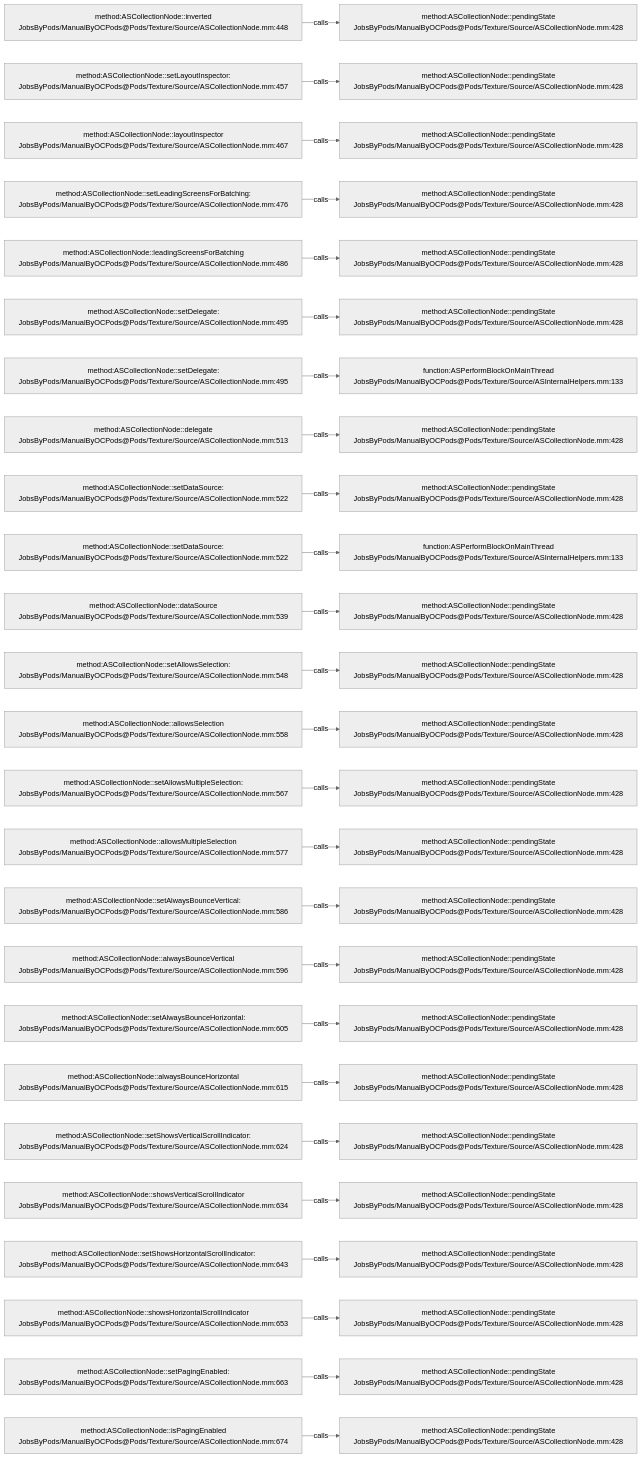
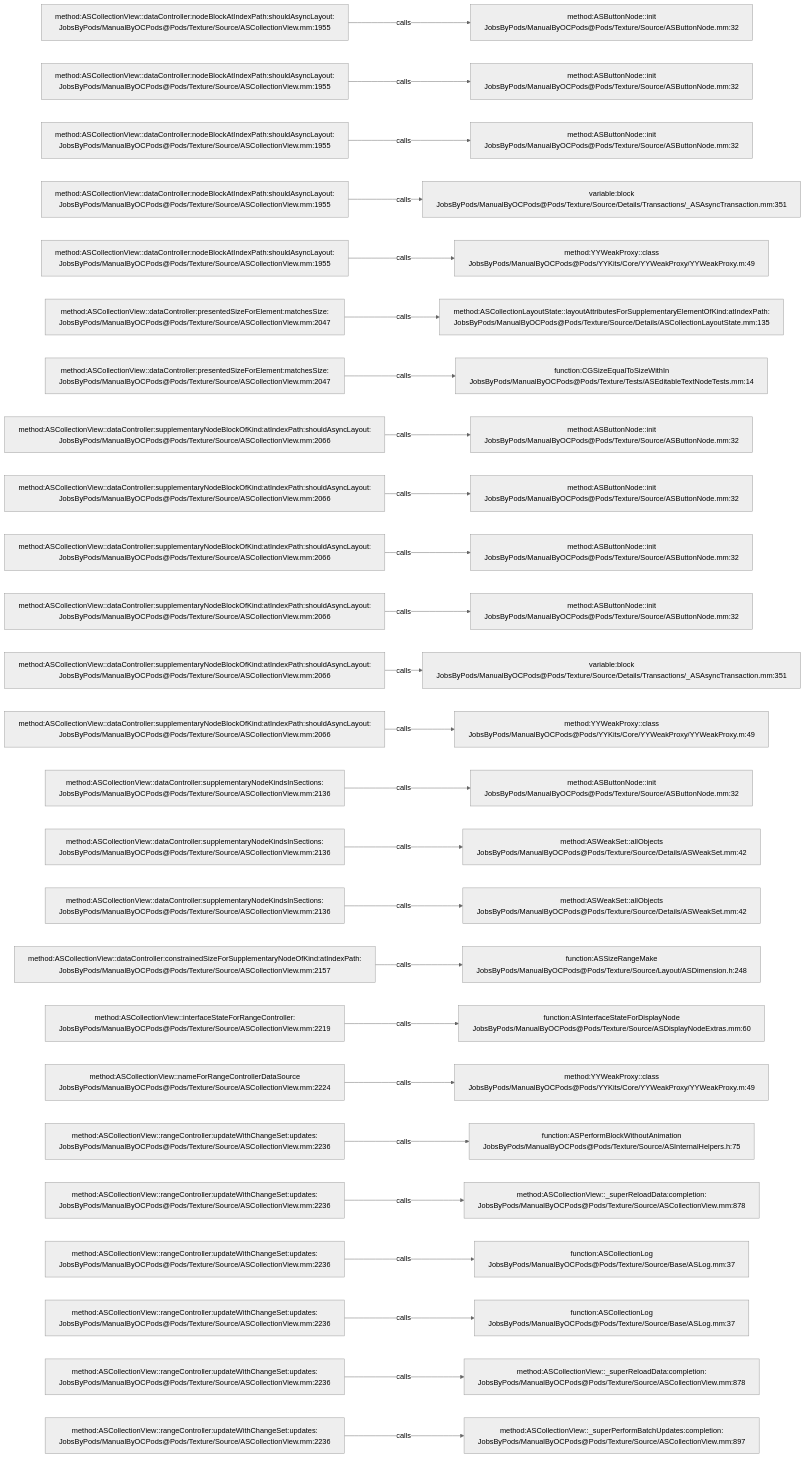
One commit to JobsKits/JobsOCBaseConfigDemo changed the diagram in .codegraph/codegraph.md/graphs/calls-069.md. Above: the diagram before and after it, drawn with Mermaid (neutral theme). The commit also changed 2723 other files, not shown here.

````diff
--- a/.codegraph/codegraph.md/graphs/calls-069.md
+++ b/.codegraph/codegraph.md/graphs/calls-069.md
@@ -13,78 +13,78 @@
 ```mermaid
 flowchart LR
-  S1["method:ASCollectionNode::inverted<br/>JobsByPods/ManualByOCPods@Pods/Texture/Source/ASCollectionNode.mm:448"]
-  T1["method:ASCollectionNode::pendingState<br/>JobsByPods/ManualByOCPods@Pods/Texture/Source/ASCollectionNode.mm:428"]
+  S1["method:ASCollectionView::dataController:nodeBlockAtIndexPath:shouldAsyncLayout:<br/>JobsByPods/ManualByOCPods@Pods/Texture/Source/ASCollectionView.mm:1955"]
+  T1["method:ASButtonNode::init<br/>JobsByPods/ManualByOCPods@Pods/Texture/Source/ASButtonNode.mm:32"]
   S1 -->|calls| T1
-  S2["method:ASCollectionNode::setLayoutInspector:<br/>JobsByPods/ManualByOCPods@Pods/Texture/Source/ASCollectionNode.mm:457"]
-  T2["method:ASCollectionNode::pendingState<br/>JobsByPods/ManualByOCPods@Pods/Texture/Source/ASCollectionNode.mm:428"]
+  S2["method:ASCollectionView::dataController:nodeBlockAtIndexPath:shouldAsyncLayout:<br/>JobsByPods/ManualByOCPods@Pods/Texture/Source/ASCollectionView.mm:1955"]
+  T2["method:ASButtonNode::init<br/>JobsByPods/ManualByOCPods@Pods/Texture/Source/ASButtonNode.mm:32"]
   S2 -->|calls| T2
-  S3["method:ASCollectionNode::layoutInspector<br/>JobsByPods/ManualByOCPods@Pods/Texture/Source/ASCollectionNode.mm:467"]
-  T3["method:ASCollectionNode::pendingState<br/>JobsByPods/ManualByOCPods@Pods/Texture/Source/ASCollectionNode.mm:428"]
+  S3["method:ASCollectionView::dataController:nodeBlockAtIndexPath:shouldAsyncLayout:<br/>JobsByPods/ManualByOCPods@Pods/Texture/Source/ASCollectionView.mm:1955"]
+  T3["method:ASButtonNode::init<br/>JobsByPods/ManualByOCPods@Pods/Texture/Source/ASButtonNode.mm:32"]
   S3 -->|calls| T3
-  S4["method:ASCollectionNode::setLeadingScreensForBatching:<br/>JobsByPods/ManualByOCPods@Pods/Texture/Source/ASCollectionNode.mm:476"]
-  T4["method:ASCollectionNode::pendingState<br/>JobsByPods/ManualByOCPods@Pods/Texture/Source/ASCollectionNode.mm:428"]
+  S4["method:ASCollectionView::dataController:nodeBlockAtIndexPath:shouldAsyncLayout:<br/>JobsByPods/ManualByOCPods@Pods/Texture/Source/ASCollectionView.mm:1955"]
+  T4["variable:block<br/>JobsByPods/ManualByOCPods@Pods/Texture/Source/Details/Transactions/_ASAsyncTransaction.mm:351"]
   S4 -->|calls| T4
-  S5["method:ASCollectionNode::leadingScreensForBatching<br/>JobsByPods/ManualByOCPods@Pods/Texture/Source/ASCollectionNode.mm:486"]
-  T5["method:ASCollectionNode::pendingState<br/>JobsByPods/ManualByOCPods@Pods/Texture/Source/ASCollectionNode.mm:428"]
+  S5["method:ASCollectionView::dataController:nodeBlockAtIndexPath:shouldAsyncLayout:<br/>JobsByPods/ManualByOCPods@Pods/Texture/Source/ASCollectionView.mm:1955"]
+  T5["method:YYWeakProxy::class<br/>JobsByPods/ManualByOCPods@Pods/YYKits/Core/YYWeakProxy/YYWeakProxy.m:49"]
   S5 -->|calls| T5
-  S6["method:ASCollectionNode::setDelegate:<br/>JobsByPods/ManualByOCPods@Pods/Texture/Source/ASCollectionNode.mm:495"]
-  T6["method:ASCollectionNode::pendingState<br/>JobsByPods/ManualByOCPods@Pods/Texture/Source/ASCollectionNode.mm:428"]
+  S6["method:ASCollectionView::dataController:presentedSizeForElement:matchesSize:<br/>JobsByPods/ManualByOCPods@Pods/Texture/Source/ASCollectionView.mm:2047"]
+  T6["method:ASCollectionLayoutState::layoutAttributesForSupplementaryElementOfKind:atIndexPath:<br/>JobsByPods/ManualByOCPods@Pods/Texture/Source/Details/ASCollectionLayoutState.mm:135"]
   S6 -->|calls| T6
-  S7["method:ASCollectionNode::setDelegate:<br/>JobsByPods/ManualByOCPods@Pods/Texture/Source/ASCollectionNode.mm:495"]
-  T7["function:ASPerformBlockOnMainThread<br/>JobsByPods/ManualByOCPods@Pods/Texture/Source/ASInternalHelpers.mm:133"]
+  S7["method:ASCollectionView::dataController:presentedSizeForElement:matchesSize:<br/>JobsByPods/ManualByOCPods@Pods/Texture/Source/ASCollectionView.mm:2047"]
+  T7["function:CGSizeEqualToSizeWithIn<br/>JobsByPods/ManualByOCPods@Pods/Texture/Tests/ASEditableTextNodeTests.mm:14"]
   S7 -->|calls| T7
-  S8["method:ASCollectionNode::delegate<br/>JobsByPods/ManualByOCPods@Pods/Texture/Source/ASCollectionNode.mm:513"]
-  T8["method:ASCollectionNode::pendingState<br/>JobsByPods/ManualByOCPods@Pods/Texture/Source/ASCollectionNode.mm:428"]
+  S8["method:ASCollectionView::dataController:supplementaryNodeBlockOfKind:atIndexPath:shouldAsyncLayout:<br/>JobsByPods/ManualByOCPods@Pods/Texture/Source/ASCollectionView.mm:2066"]
+  T8["method:ASButtonNode::init<br/>JobsByPods/ManualByOCPods@Pods/Texture/Source/ASButtonNode.mm:32"]
   S8 -->|calls| T8
-  S9["method:ASCollectionNode::setDataSource:<br/>JobsByPods/ManualByOCPods@Pods/Texture/Source/ASCollectionNode.mm:522"]
-  T9["method:ASCollectionNode::pendingState<br/>JobsByPods/ManualByOCPods@Pods/Texture/Source/ASCollectionNode.mm:428"]
+  S9["method:ASCollectionView::dataController:supplementaryNodeBlockOfKind:atIndexPath:shouldAsyncLayout:<br/>JobsByPods/ManualByOCPods@Pods/Texture/Source/ASCollectionView.mm:2066"]
+  T9["method:ASButtonNode::init<br/>JobsByPods/ManualByOCPods@Pods/Texture/Source/ASButtonNode.mm:32"]
   S9 -->|calls| T9
-  S10["method:ASCollectionNode::setDataSource:<br/>JobsByPods/ManualByOCPods@Pods/Texture/Source/ASCollectionNode.mm:522"]
-  T10["function:ASPerformBlockOnMainThread<br/>JobsByPods/ManualByOCPods@Pods/Texture/Source/ASInternalHelpers.mm:133"]
+  S10["method:ASCollectionView::dataController:supplementaryNodeBlockOfKind:atIndexPath:shouldAsyncLayout:<br/>JobsByPods/ManualByOCPods@Pods/Texture/Source/ASCollectionView.mm:2066"]
+  T10["method:ASButtonNode::init<br/>JobsByPods/ManualByOCPods@Pods/Texture/Source/ASButtonNode.mm:32"]
   S10 -->|calls| T10
-  S11["method:ASCollectionNode::dataSource<br/>JobsByPods/ManualByOCPods@Pods/Texture/Source/ASCollectionNode.mm:539"]
-  T11["method:ASCollectionNode::pendingState<br/>JobsByPods/ManualByOCPods@Pods/Texture/Source/ASCollectionNode.mm:428"]
+  S11["method:ASCollectionView::dataController:supplementaryNodeBlockOfKind:atIndexPath:shouldAsyncLayout:<br/>JobsByPods/ManualByOCPods@Pods/Texture/Source/ASCollectionView.mm:2066"]
+  T11["method:ASButtonNode::init<br/>JobsByPods/ManualByOCPods@Pods/Texture/Source/ASButtonNode.mm:32"]
   S11 -->|calls| T11
-  S12["method:ASCollectionNode::setAllowsSelection:<br/>JobsByPods/ManualByOCPods@Pods/Texture/Source/ASCollectionNode.mm:548"]
-  T12["method:ASCollectionNode::pendingState<br/>JobsByPods/ManualByOCPods@Pods/Texture/Source/ASCollectionNode.mm:428"]
+  S12["method:ASCollectionView::dataController:supplementaryNodeBlockOfKind:atIndexPath:shouldAsyncLayout:<br/>JobsByPods/ManualByOCPods@Pods/Texture/Source/ASCollectionView.mm:2066"]
+  T12["variable:block<br/>JobsByPods/ManualByOCPods@Pods/Texture/Source/Details/Transactions/_ASAsyncTransaction.mm:351"]
   S12 -->|calls| T12
-  S13["method:ASCollectionNode::allowsSelection<br/>JobsByPods/ManualByOCPods@Pods/Texture/Source/ASCollectionNode.mm:558"]
-  T13["method:ASCollectionNode::pendingState<br/>JobsByPods/ManualByOCPods@Pods/Texture/Source/ASCollectionNode.mm:428"]
+  S13["method:ASCollectionView::dataController:supplementaryNodeBlockOfKind:atIndexPath:shouldAsyncLayout:<br/>JobsByPods/ManualByOCPods@Pods/Texture/Source/ASCollectionView.mm:2066"]
+  T13["method:YYWeakProxy::class<br/>JobsByPods/ManualByOCPods@Pods/YYKits/Core/YYWeakProxy/YYWeakProxy.m:49"]
   S13 -->|calls| T13
-  S14["method:ASCollectionNode::setAllowsMultipleSelection:<br/>JobsByPods/ManualByOCPods@Pods/Texture/Source/ASCollectionNode.mm:567"]
-  T14["method:ASCollectionNode::pendingState<br/>JobsByPods/ManualByOCPods@Pods/Texture/Source/ASCollectionNode.mm:428"]
+  S14["method:ASCollectionView::dataController:supplementaryNodeKindsInSections:<br/>JobsByPods/ManualByOCPods@Pods/Texture/Source/ASCollectionView.mm:2136"]
+  T14["method:ASButtonNode::init<br/>JobsByPods/ManualByOCPods@Pods/Texture/Source/ASButtonNode.mm:32"]
   S14 -->|calls| T14
-  S15["method:ASCollectionNode::allowsMultipleSelection<br/>JobsByPods/ManualByOCPods@Pods/Texture/Source/ASCollectionNode.mm:577"]
-  T15["method:ASCollectionNode::pendingState<br/>JobsByPods/ManualByOCPods@Pods/Texture/Source/ASCollectionNode.mm:428"]
+  S15["method:ASCollectionView::dataController:supplementaryNodeKindsInSections:<br/>JobsByPods/ManualByOCPods@Pods/Texture/Source/ASCollectionView.mm:2136"]
+  T15["method:ASWeakSet::allObjects<br/>JobsByPods/ManualByOCPods@Pods/Texture/Source/Details/ASWeakSet.mm:42"]
   S15 -->|calls| T15
-  S16["method:ASCollectionNode::setAlwaysBounceVertical:<br/>JobsByPods/ManualByOCPods@Pods/Texture/Source/ASCollectionNode.mm:586"]
-  T16["method:ASCollectionNode::pendingState<br/>JobsByPods/ManualByOCPods@Pods/Texture/Source/ASCollectionNode.mm:428"]
+  S16["method:ASCollectionView::dataController:supplementaryNodeKindsInSections:<br/>JobsByPods/ManualByOCPods@Pods/Texture/Source/ASCollectionView.mm:2136"]
+  T16["method:ASWeakSet::allObjects<br/>JobsByPods/ManualByOCPods@Pods/Texture/Source/Details/ASWeakSet.mm:42"]
   S16 -->|calls| T16
-  S17["method:ASCollectionNode::alwaysBounceVertical<br/>JobsByPods/ManualByOCPods@Pods/Texture/Source/ASCollectionNode.mm:596"]
-  T17["method:ASCollectionNode::pendingState<br/>JobsByPods/ManualByOCPods@Pods/Texture/Source/ASCollectionNode.mm:428"]
+  S17["method:ASCollectionView::dataController:constrainedSizeForSupplementaryNodeOfKind:atIndexPath:<br/>JobsByPods/ManualByOCPods@Pods/Texture/Source/ASCollectionView.mm:2157"]
+  T17["function:ASSizeRangeMake<br/>JobsByPods/ManualByOCPods@Pods/Texture/Source/Layout/ASDimension.h:248"]
   S17 -->|calls| T17
-  S18["method:ASCollectionNode::setAlwaysBounceHorizontal:<br/>JobsByPods/ManualByOCPods@Pods/Texture/Source/ASCollectionNode.mm:605"]
-  T18["method:ASCollectionNode::pendingState<br/>JobsByPods/ManualByOCPods@Pods/Texture/Source/ASCollectionNode.mm:428"]
+  S18["method:ASCollectionView::interfaceStateForRangeController:<br/>JobsByPods/ManualByOCPods@Pods/Texture/Source/ASCollectionView.mm:2219"]
+  T18["function:ASInterfaceStateForDisplayNode<br/>JobsByPods/ManualByOCPods@Pods/Texture/Source/ASDisplayNodeExtras.mm:60"]
   S18 -->|calls| T18
-  S19["method:ASCollectionNode::alwaysBounceHorizontal<br/>JobsByPods/ManualByOCPods@Pods/Texture/Source/ASCollectionNode.mm:615"]
-  T19["method:ASCollectionNode::pendingState<br/>JobsByPods/ManualByOCPods@Pods/Texture/Source/ASCollectionNode.mm:428"]
+  S19["method:ASCollectionView::nameForRangeControllerDataSource<br/>JobsByPods/ManualByOCPods@Pods/Texture/Source/ASCollectionView.mm:2224"]
+  T19["method:YYWeakProxy::class<br/>JobsByPods/ManualByOCPods@Pods/YYKits/Core/YYWeakProxy/YYWeakProxy.m:49"]
   S19 -->|calls| T19
-  S20["method:ASCollectionNode::setShowsVerticalScrollIndicator:<br/>JobsByPods/ManualByOCPods@Pods/Texture/Source/ASCollectionNode.mm:624"]
-  T20["method:ASCollectionNode::pendingState<br/>JobsByPods/ManualByOCPods@Pods/Texture/Source/ASCollectionNode.mm:428"]
+  S20["method:ASCollectionView::rangeController:updateWithChangeSet:updates:<br/>JobsByPods/ManualByOCPods@Pods/Texture/Source/ASCollectionView.mm:2236"]
+  T20["function:ASPerformBlockWithoutAnimation<br/>JobsByPods/ManualByOCPods@Pods/Texture/Source/ASInternalHelpers.h:75"]
   S20 -->|calls| T20
-  S21["method:ASCollectionNode::showsVerticalScrollIndicator<br/>JobsByPods/ManualByOCPods@Pods/Texture/Source/ASCollectionNode.mm:634"]
-  T21["method:ASCollectionNode::pendingState<br/>JobsByPods/ManualByOCPods@Pods/Texture/Source/ASCollectionNode.mm:428"]
+  S21["method:ASCollectionView::rangeController:updateWithChangeSet:updates:<br/>JobsByPods/ManualByOCPods@Pods/Texture/Source/ASCollectionView.mm:2236"]
+  T21["method:ASCollectionView::_superReloadData:completion:<br/>JobsByPods/ManualByOCPods@Pods/Texture/Source/ASCollectionView.mm:878"]
   S21 -->|calls| T21
-  S22["method:ASCollectionNode::setShowsHorizontalScrollIndicator:<br/>JobsByPods/ManualByOCPods@Pods/Texture/Source/ASCollectionNode.mm:643"]
-  T22["method:ASCollectionNode::pendingState<br/>JobsByPods/ManualByOCPods@Pods/Texture/Source/ASCollectionNode.mm:428"]
+  S22["method:ASCollectionView::rangeController:updateWithChangeSet:updates:<br/>JobsByPods/ManualByOCPods@Pods/Texture/Source/ASCollectionView.mm:2236"]
+  T22["function:ASCollectionLog<br/>JobsByPods/ManualByOCPods@Pods/Texture/Source/Base/ASLog.mm:37"]
   S22 -->|calls| T22
-  S23["method:ASCollectionNode::showsHorizontalScrollIndicator<br/>JobsByPods/ManualByOCPods@Pods/Texture/Source/ASCollectionNode.mm:653"]
-  T23["method:ASCollectionNode::pendingState<br/>JobsByPods/ManualByOCPods@Pods/Texture/Source/ASCollectionNode.mm:428"]
+  S23["method:ASCollectionView::rangeController:updateWithChangeSet:updates:<br/>JobsByPods/ManualByOCPods@Pods/Texture/Source/ASCollectionView.mm:2236"]
+  T23["function:ASCollectionLog<br/>JobsByPods/ManualByOCPods@Pods/Texture/Source/Base/ASLog.mm:37"]
   S23 -->|calls| T23
-  S24["method:ASCollectionNode::setPagingEnabled:<br/>JobsByPods/ManualByOCPods@Pods/Texture/Source/ASCollectionNode.mm:663"]
-  T24["method:ASCollectionNode::pendingState<br/>JobsByPods/ManualByOCPods@Pods/Texture/Source/ASCollectionNode.mm:428"]
+  S24["method:ASCollectionView::rangeController:updateWithChangeSet:updates:<br/>JobsByPods/ManualByOCPods@Pods/Texture/Source/ASCollectionView.mm:2236"]
+  T24["method:ASCollectionView::_superReloadData:completion:<br/>JobsByPods/ManualByOCPods@Pods/Texture/Source/ASCollectionView.mm:878"]
   S24 -->|calls| T24
-  S25["method:ASCollectionNode::isPagingEnabled<br/>JobsByPods/ManualByOCPods@Pods/Texture/Source/ASCollectionNode.mm:674"]
-  T25["method:ASCollectionNode::pendingState<br/>JobsByPods/ManualByOCPods@Pods/Texture/Source/ASCollectionNode.mm:428"]
+  S25["method:ASCollectionView::rangeController:updateWithChangeSet:updates:<br/>JobsByPods/ManualByOCPods@Pods/Texture/Source/ASCollectionView.mm:2236"]
+  T25["method:ASCollectionView::_superPerformBatchUpdates:completion:<br/>JobsByPods/ManualByOCPods@Pods/Texture/Source/ASCollectionView.mm:897"]
   S25 -->|calls| T25
 ```
````
